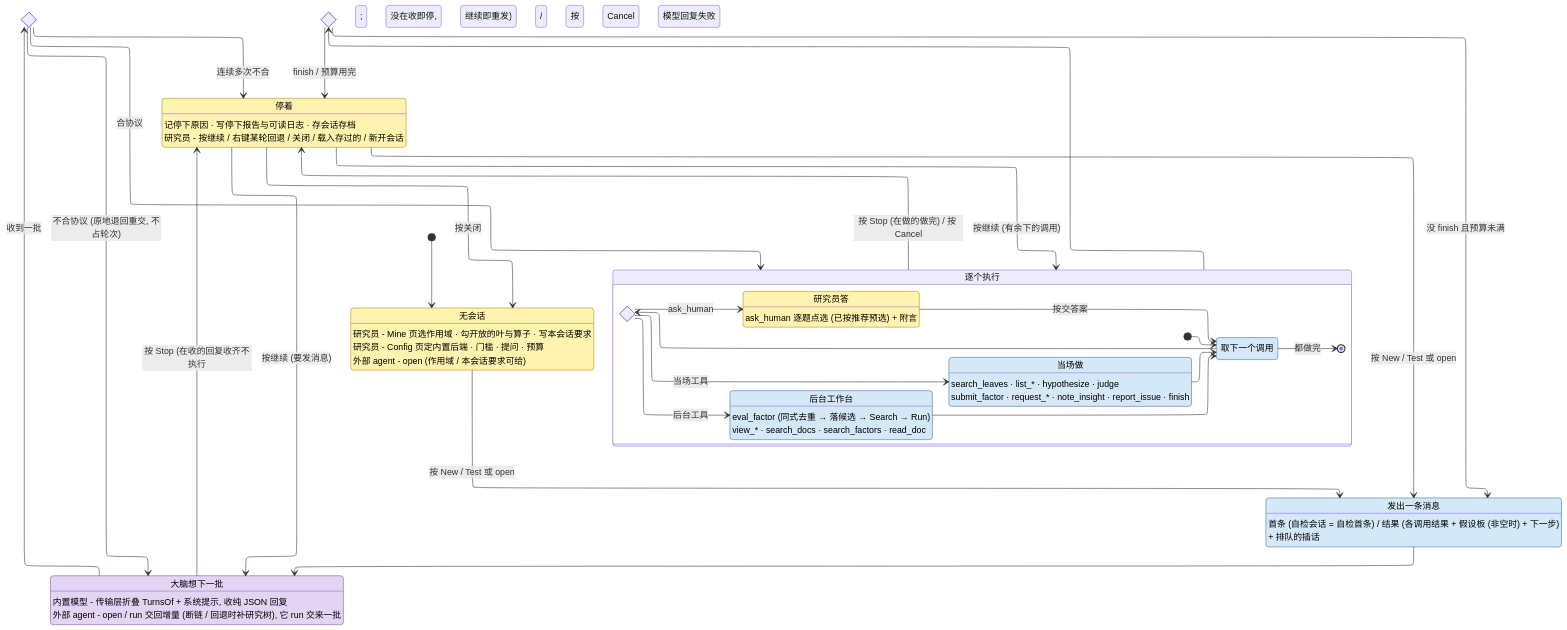
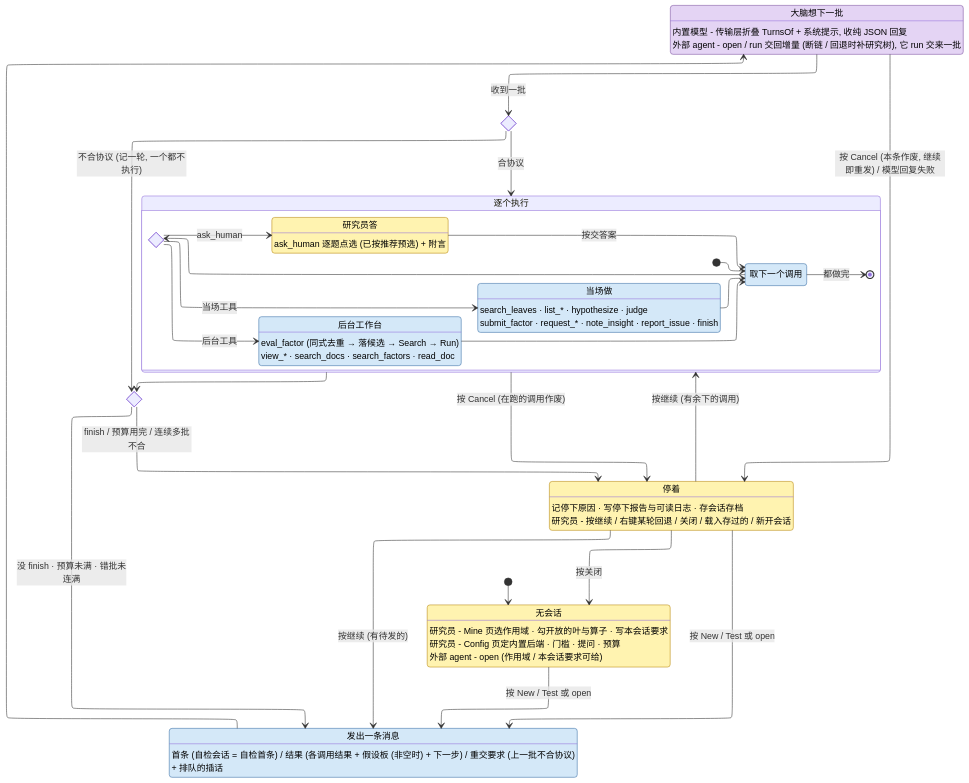
One commit to CoCoMilkyWay/stk changed the diagram in AGENT.md. Above: the diagram before and after it, drawn with Mermaid. The commit also changed other lines of this file and 34 other files, not shown here.

````diff
--- a/AGENT.md
+++ b/AGENT.md
@@ -70,76 +71,75 @@
 ```mermaid
 ---
 config:
   layout: elk
 ---
 stateDiagram-v2
     direction TB
 
     state "无会话" as None
     None : 研究员 - Mine 页选作用域 · 勾开放的叶与算子 · 写本会话要求
     None : 研究员 - Config 页定内置后端 · 门槛 · 提问 · 预算
     None : 外部 agent - open (作用域 / 本会话要求可给)
 
     state "发出一条消息" as Post
-    Post : 首条 (自检会话 = 自检首条) / 结果 (各调用结果 + 假设板 (非空时) + 下一步)
+    Post : 首条 (自检会话 = 自检首条) / 结果 (各调用结果 + 假设板 (非空时) + 下一步) / 重交要求 (上一批不合协议)
     Post : + 排队的插话
 
     state "大脑想下一批" as Think
     Think : 内置模型 - 传输层折叠 TurnsOf + 系统提示, 收纯 JSON 回复
     Think : 外部 agent - open / run 交回增量 (断链 / 回退时补研究树), 它 run 交来一批
 
     state Format <<choice>>
 
     state "逐个执行" as Act {
         direction LR
         state "取下一个调用" as Next
         state Kind <<choice>>
         state "当场做" as Sync
         Sync : search_leaves · list_* · hypothesize · judge
         Sync : submit_factor · request_* · note_insight · report_issue · finish
         state "后台工作台" as Lab
         Lab : eval_factor (同式去重 → 落候选 → Search → Run)
         Lab : view_* · search_docs · search_factors · read_doc
         state "研究员答" as Choose
         Choose : ask_human 逐题点选 (已按推荐预选) + 附言
 
         [*] --> Next
         Next --> Kind
         Kind --> Sync : 当场工具
         Kind --> Lab : 后台工具
         Kind --> Choose : ask_human
         Sync --> Next
         Lab --> Next
         Choose --> Next : 按交答案
         Next --> [*] : 都做完
     }
     state Fin <<choice>>
 
     state "停着" as Pause
     Pause : 记停下原因 · 写停下报告与可读日志 · 存会话存档
     Pause : 研究员 - 按继续 / 右键某轮回退 / 关闭 / 载入存过的 / 新开会话
 
     [*] --> None
     None --> Post : 按 New / Test 或 open
     Post --> Think
     Think --> Format : 收到一批
-    Format --> Think : 不合协议 (原地退回重交, 不占轮次)
+    Format --> Fin : 不合协议 (记一轮, 一个都不执行)
     Format --> Act : 合协议
     Act --> Fin
-    Fin --> Post : 没 finish 且预算未满
-    Fin --> Pause : finish / 预算用完
-    Format --> Pause : 连续多次不合
-    Think --> Pause : 按 Stop (在收的回复收齐不执行; 没在收即停, 继续即重发) / 按 Cancel / 模型回复失败
-    Act --> Pause : 按 Stop (在做的做完) / 按 Cancel
-    Pause --> Think : 按继续 (要发消息)
+    Fin --> Post : 没 finish · 预算未满 · 错批未连满
+    Fin --> Pause : finish / 预算用完 / 连续多批不合
+    Think --> Pause : 按 Cancel (本条作废, 继续即重发) / 模型回复失败
+    Act --> Pause : 按 Cancel (在跑的调用作废)
+    Pause --> Post : 按继续 (有待发的)
     Pause --> Act : 按继续 (有余下的调用)
     Pause --> Post : 按 New / Test 或 open
     Pause --> None : 按关闭
 
     classDef human fill:#fff3b0,stroke:#b8860b,color:#000
     classDef brain fill:#e4d4f4,stroke:#7b4fa0,color:#000
     classDef sys fill:#d4e8f8,stroke:#3a6ea5,color:#000
     class None, Choose, Pause human
     class Think brain
     class Post, Next, Sync, Lab sys
 ```
````
